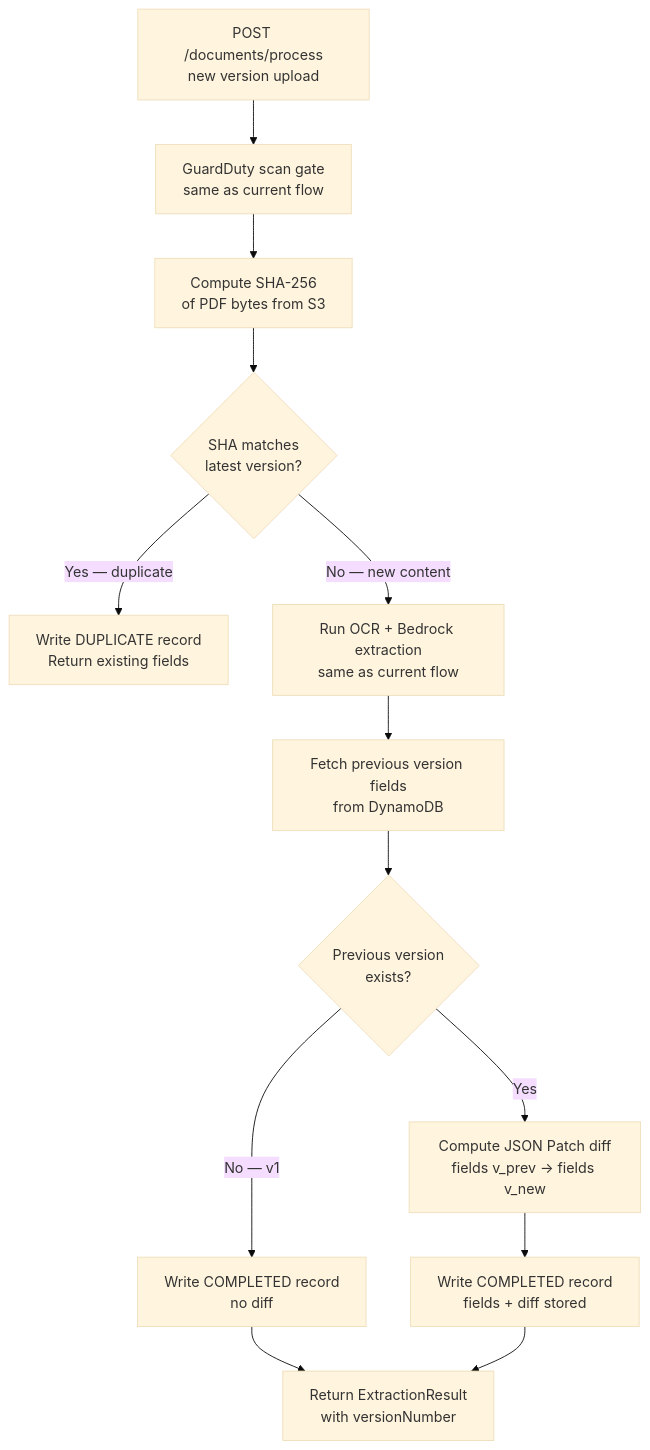
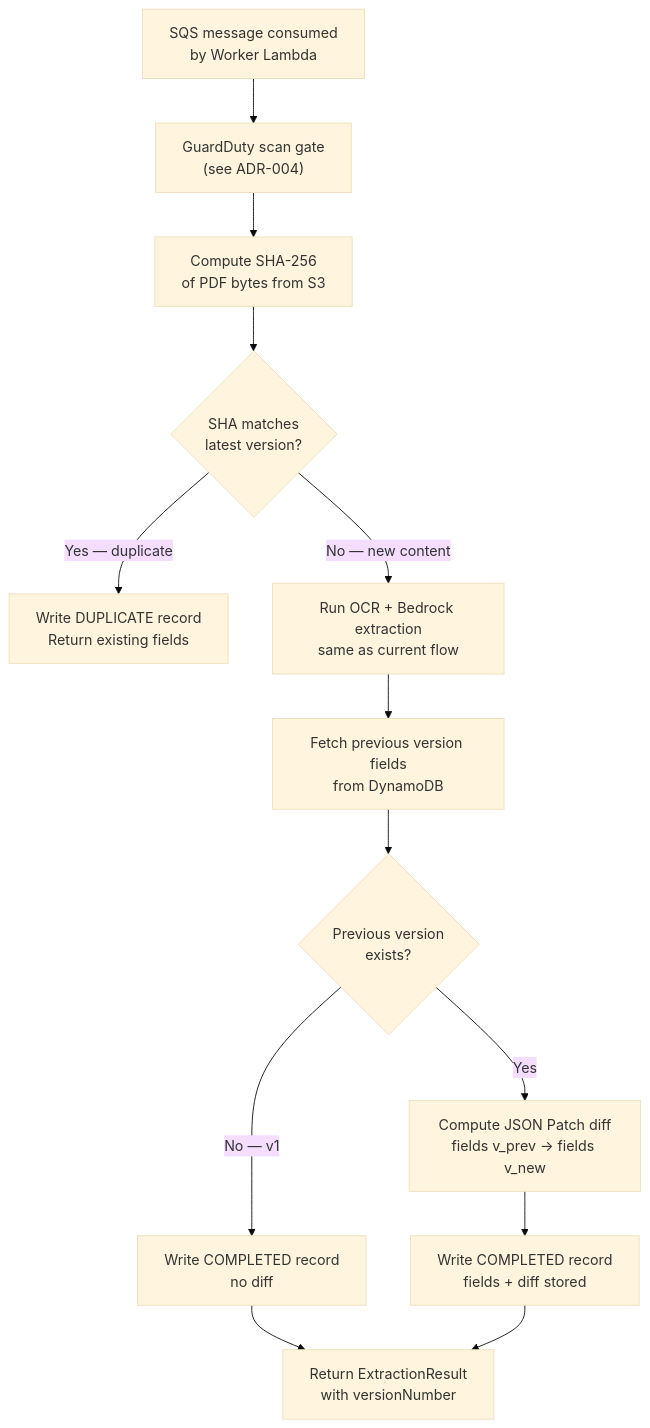
Before and after one commit to cincuentaydos/DocLens.Docs: the diagram in docs/adrs/007-document-versioning.md, drawn with Mermaid (base theme). The commit also changed 7 other files, not shown here.

Commit message:
feat: implement asynchronous document processing with SQS and worker Lambda

````diff
--- a/docs/adrs/007-document-versioning.md
+++ b/docs/adrs/007-document-versioning.md
@@ -181,15 +181,15 @@
 ```mermaid
 flowchart TD
-    A["POST /documents/process\nnew version upload"] --> B["GuardDuty scan gate\nsame as current flow"]
+    A["SQS message consumed\nby Worker Lambda"] --> B["GuardDuty scan gate\n(see ADR-004)"]
     B --> C["Compute SHA-256\nof PDF bytes from S3"]
     C --> D{SHA matches\nlatest version?}
     D -->|Yes — duplicate| E["Write DUPLICATE record\nReturn existing fields"]
     D -->|No — new content| F["Run OCR + Bedrock extraction\nsame as current flow"]
     F --> G["Fetch previous version fields\nfrom DynamoDB"]
     G --> H{Previous version\nexists?}
     H -->|No — v1| I["Write COMPLETED record\nno diff"]
     H -->|Yes| J["Compute JSON Patch diff\nfields v_prev → fields v_new"]
     J --> K["Write COMPLETED record\nfields + diff stored"]
     I --> L["Return ExtractionResult\nwith versionNumber"]
     K --> L
 ```
````
